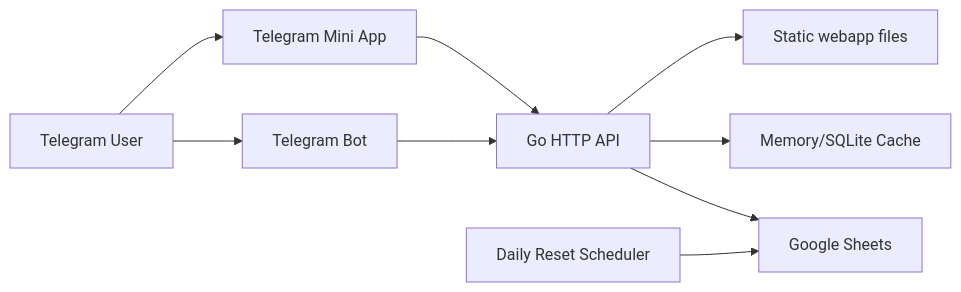
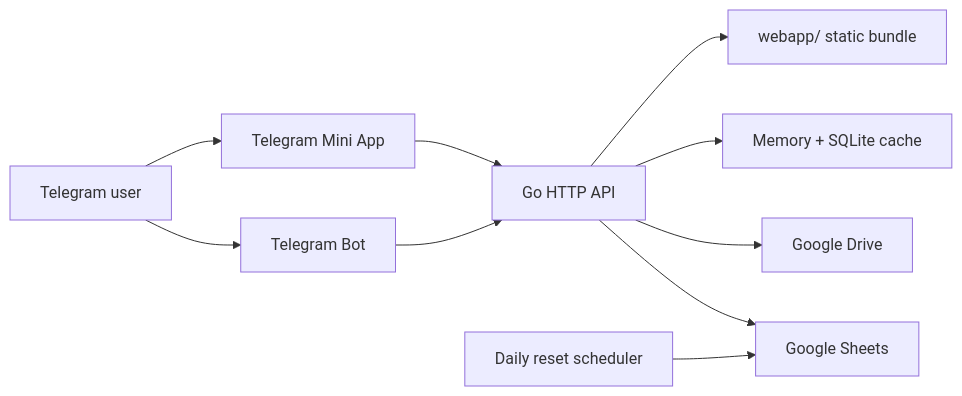
One commit to ezhigval/wedding_bot changed the diagram in docs/ARCHITECTURE.md. Above: the diagram before and after it, drawn with Mermaid. The commit also changed other lines of this file and 7 other files, not shown here.

````diff
--- a/docs/ARCHITECTURE.md
+++ b/docs/ARCHITECTURE.md
@@ -21,11 +21,12 @@
 ```mermaid
 flowchart LR
-    TG[Telegram User] --> BOT[Telegram Bot]
-    TG --> APP[Telegram Mini App]
-    APP --> API[Go HTTP API]
+    USER["Telegram user"] --> BOT["Telegram Bot"]
+    USER --> APP["Telegram Mini App"]
+    APP --> API["Go HTTP API"]
     BOT --> API
-    API --> GS[Google Sheets]
-    API --> CACHE[Memory/SQLite Cache]
-    SCHED[Daily Reset Scheduler] --> GS
-    API --> STATIC[Static webapp files]
+    API --> SHEETS["Google Sheets"]
+    API --> DRIVE["Google Drive"]
+    API --> CACHE["Memory + SQLite cache"]
+    SCHED["Daily reset scheduler"] --> SHEETS
+    API --> STATIC["webapp/ static bundle"]
 ```
````
